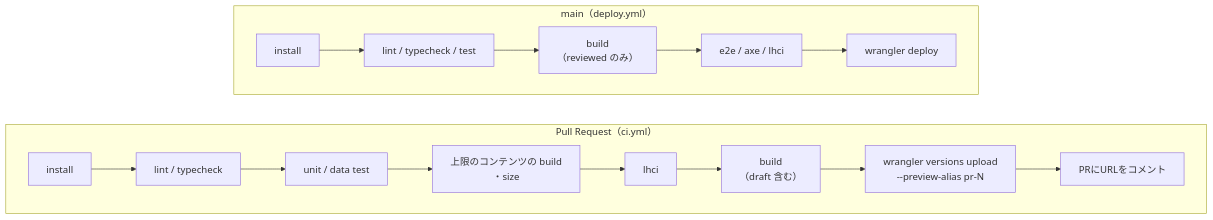
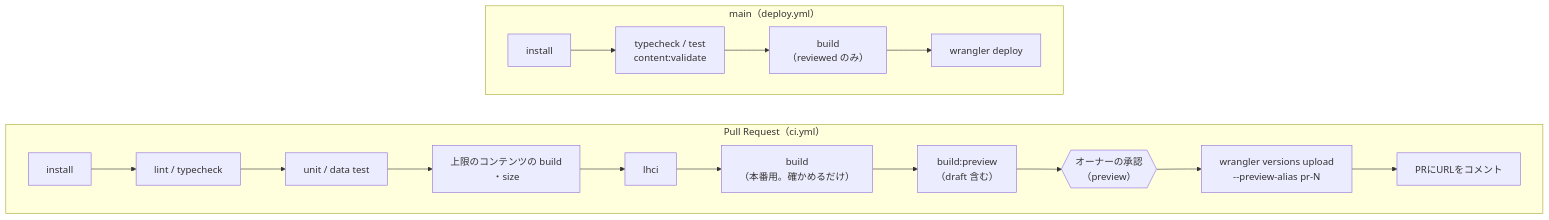
Before and after one commit to vivastack-labs/vivastack-build-maps: the fourth of 5 diagrams in docs/development-overview.md, drawn with Mermaid. The commit also changed other lines of this file and 3 other files, not shown here.

````diff
--- a/docs/development-overview.md
+++ b/docs/development-overview.md
@@ -1182,20 +1189,21 @@
 ```mermaid
 flowchart LR
   subgraph PR["Pull Request（ci.yml）"]
     direction LR
     A1[install] --> A2[lint / typecheck]
     A2 --> A3[unit / data test]
     A3 --> A4["上限のコンテンツの build<br/>・size"]
     A4 --> A5[lhci]
-    A5 --> A6["build<br/>（draft 含む）"]
-    A6 --> A7["wrangler versions upload<br/>--preview-alias pr-N"]
+    A5 --> A6a["build<br/>（本番用。確かめるだけ）"]
+    A6a --> A6["build:preview<br/>（draft 含む）"]
+    A6 --> AP{{オーナーの承認<br/>（preview）}}
+    AP --> A7["wrangler versions upload<br/>--preview-alias pr-N"]
     A7 --> A8[PRにURLをコメント]
   end
   subgraph MAIN["main（deploy.yml）"]
     direction LR
-    B1[install] --> B2[lint / typecheck / test]
+    B1[install] --> B2["typecheck / test<br/>content:validate"]
     B2 --> B3["build<br/>（reviewed のみ）"]
-    B3 --> B4[e2e / axe / lhci]
-    B4 --> B5[wrangler deploy]
+    B3 --> B5[wrangler deploy]
   end
 ```
````
